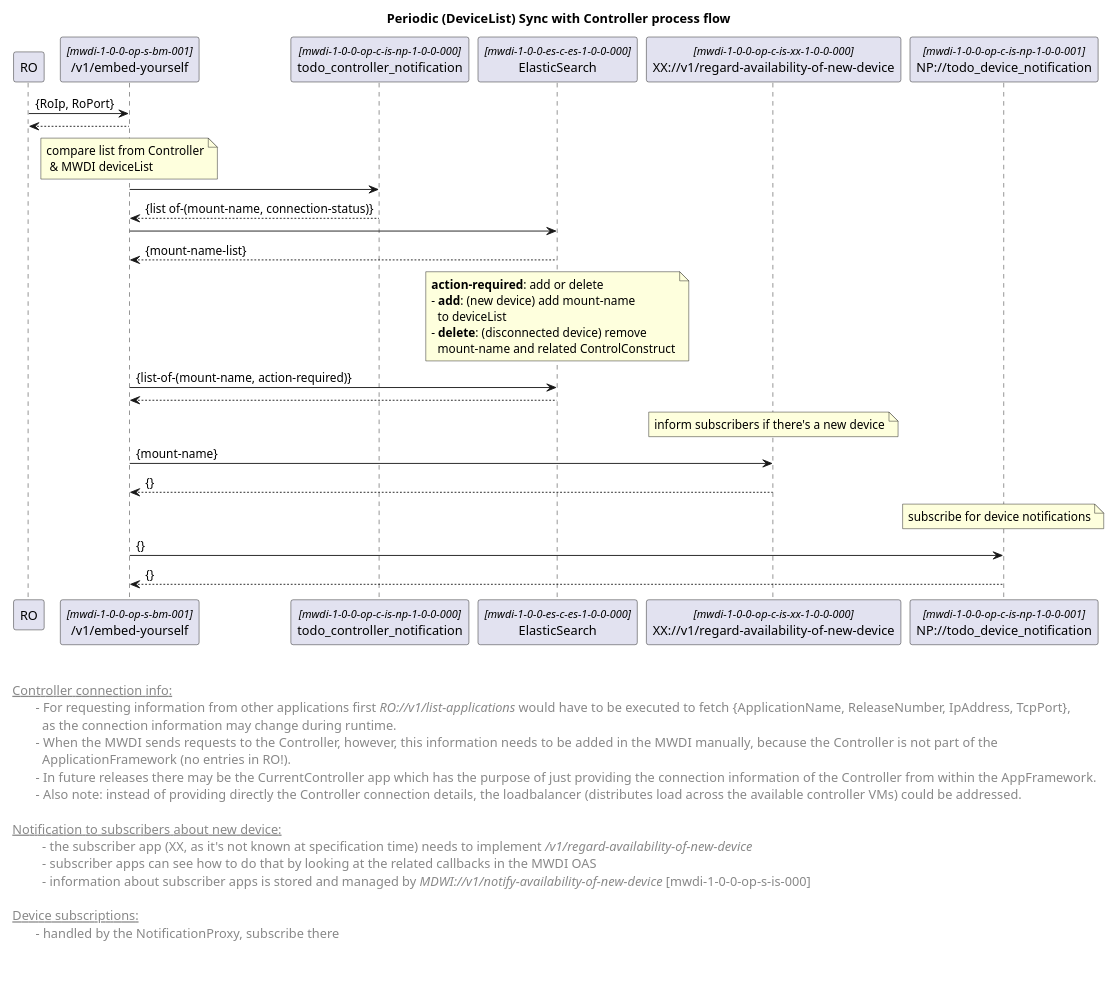
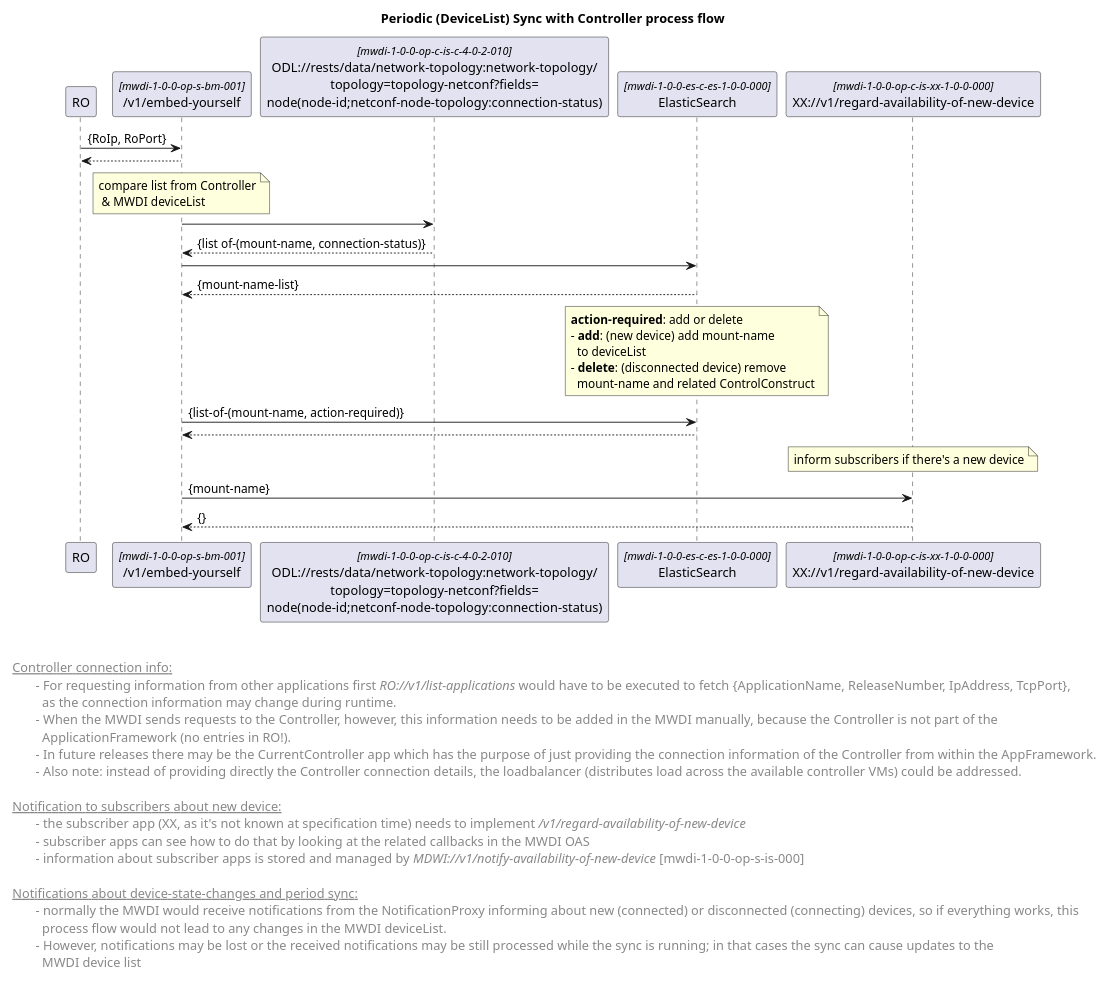
One commit to openBackhaul/MicroWaveDeviceInventory changed the diagram in spec/_NEU_MIT_NOTIFICATION_PROXY_draft/diagrams/01x_forwardingCyclicOperationDeviceListSync.plantuml. Above: the diagram before and after it, drawn with PlantUML.

```diff
--- a/spec/_NEU_MIT_NOTIFICATION_PROXY_draft/diagrams/01x_forwardingCyclicOperationDeviceListSync.plantuml
+++ b/spec/_NEU_MIT_NOTIFICATION_PROXY_draft/diagrams/01x_forwardingCyclicOperationDeviceListSync.plantuml
@@ -1,86 +1,82 @@
 @startuml
 skinparam responseMessageBelowArrow true
 skinparam guillemet [ ]
 skinparam participant {
   StereotypeFontSize 12  
 }
 
 title  Periodic (DeviceList) Sync with Controller process flow
 
 
 'participants
 participant "RO" as ro
 participant "/v1/embed-yourself" as mwdi <<mwdi-1-0-0-op-s-bm-001>>
-participant "todo_controller_notification" as npConnectionStatusNotif <<mwdi-1-0-0-op-c-is-np-1-0-0-000>>
+participant "ODL://rests/data/network-topology:network-topology/\ntopology=topology-netconf?fields=\nnode(node-id;netconf-node-topology:connection-status)" as odlConnectionStatus <<mwdi-1-0-0-op-c-is-c-4-0-2-010>>
 participant "ElasticSearch" as es <<mwdi-1-0-0-es-c-es-1-0-0-000>>
 participant "XX://v1/regard-availability-of-new-device" as notificationToXX <<mwdi-1-0-0-op-c-is-xx-1-0-0-000>>
-participant "NP://todo_device_notification" as npDevChangeNotif <<mwdi-1-0-0-op-c-is-np-1-0-0-001>>
 
 
 ro -> mwdi: {RoIp, RoPort}
 mwdi --> ro
 
 'get deviceList from Controller
 note over mwdi: compare list from Controller\n & MWDI deviceList
-mwdi -> npConnectionStatusNotif
-npConnectionStatusNotif --> mwdi: {list of-(mount-name, connection-status)}
+mwdi -> odlConnectionStatus
+odlConnectionStatus --> mwdi: {list of-(mount-name, connection-status)}
 
 'get MWDI deviceList from ElasticSearch 
 mwdi -> es
 es --> mwdi: {mount-name-list}
 
 'diff both lists and process devices accordingly
 note over es
  <b>action-required</b>: add or delete
  - <b>add</b>: (new device) add mount-name 
    to deviceList
  - <b>delete</b>: (disconnected device) remove 
    mount-name and related ControlConstruct
 end note 
 
 
 mwdi -> es: {list-of-(mount-name, action-required)}
 es --> mwdi
 
 'inform subscribers about new device
 note over notificationToXX: inform subscribers if there's a new device
 mwdi -> notificationToXX: {mount-name}
 notificationToXX --> mwdi: {}
 
 
-note over npDevChangeNotif: subscribe for device notifications
-mwdi -> npDevChangeNotif: {}
-npDevChangeNotif --> mwdi: {}
-
-
 
 left footer 
 
 
 <u> Controller connection info:</u>
 \t- For requesting information from other applications first <i>RO://v1/list-applications</i> would have to be executed to fetch {ApplicationName, ReleaseNumber, IpAddress, TcpPort}, 
 \t  as the connection information may change during runtime.
 \t-  When the MWDI sends requests to the Controller, however, this information needs to be added in the MWDI manually, because the Controller is not part of the 
 \t  ApplicationFramework (no entries in RO!). 
 \t-  In future releases there may be the CurrentController app which has the purpose of just providing the connection information of the Controller from within the AppFramework.
 \t-  Also note: instead of providing directly the Controller connection details, the loadbalancer (distributes load across the available controller VMs) could be addressed.
 
 <u> Notification to subscribers about new device:</u>
-\t  - the subscriber app (XX, as it's not known at specification time) needs to implement <i>/v1/regard-availability-of-new-device</i>
-\t  - subscriber apps can see how to do that by looking at the related callbacks in the MWDI OAS 
-\t  - information about subscriber apps is stored and managed by <i>MDWI://v1/notify-availability-of-new-device</i> [mwdi-1-0-0-op-s-is-000]
+\t- the subscriber app (XX, as it's not known at specification time) needs to implement <i>/v1/regard-availability-of-new-device</i>
+\t- subscriber apps can see how to do that by looking at the related callbacks in the MWDI OAS 
+\t- information about subscriber apps is stored and managed by <i>MDWI://v1/notify-availability-of-new-device</i> [mwdi-1-0-0-op-s-is-000]
 
-<u> Device subscriptions:</u>
-\t- handled by the NotificationProxy, subscribe there
-
+<u> Notifications about device-state-changes and period sync<u>:
+\t- normally the MWDI would receive notifications from the NotificationProxy informing about new (connected) or disconnected (connecting) devices, so if everything works, this
+\t  process flow would not lead to any changes in the MWDI deviceList.
+\t- However, notifications may be lost or the received notifications may be still processed while the sync is running; in that cases the sync can cause updates to the 
+\t  MWDI device list 
 
 end footer
 
 <style>
 footer {
   HorizontalAlignment left
   FontSize 14
 }
 </style>
 
 @enduml
```
